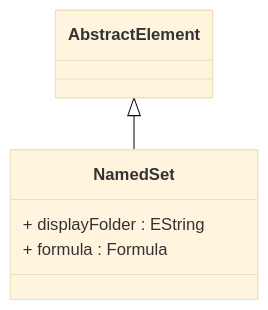
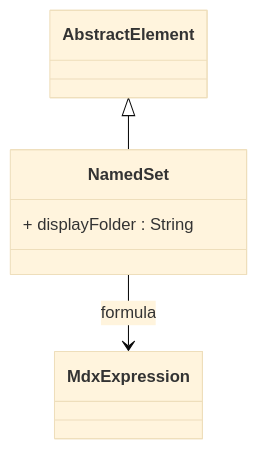
Before and after one commit to eclipse-daanse/eclipse-daanse.github.io: the diagram in docs/cubeserver/model/class-NamedSet.md, drawn with Mermaid (base theme). The commit also changed other lines of this file and 138 other files, not shown here.

````diff
--- a/docs/cubeserver/model/class-NamedSet.md
+++ b/docs/cubeserver/model/class-NamedSet.md
@@ -75,10 +76,10 @@
 ```mermaid
 classDiagram
   class NamedSet {
-    + displayFolder : EString
-    + formula : Formula
+    + displayFolder : String
   }
 
   AbstractElement <|-- NamedSet
+  NamedSet --> MdxExpression : formula
 
 ```
````
